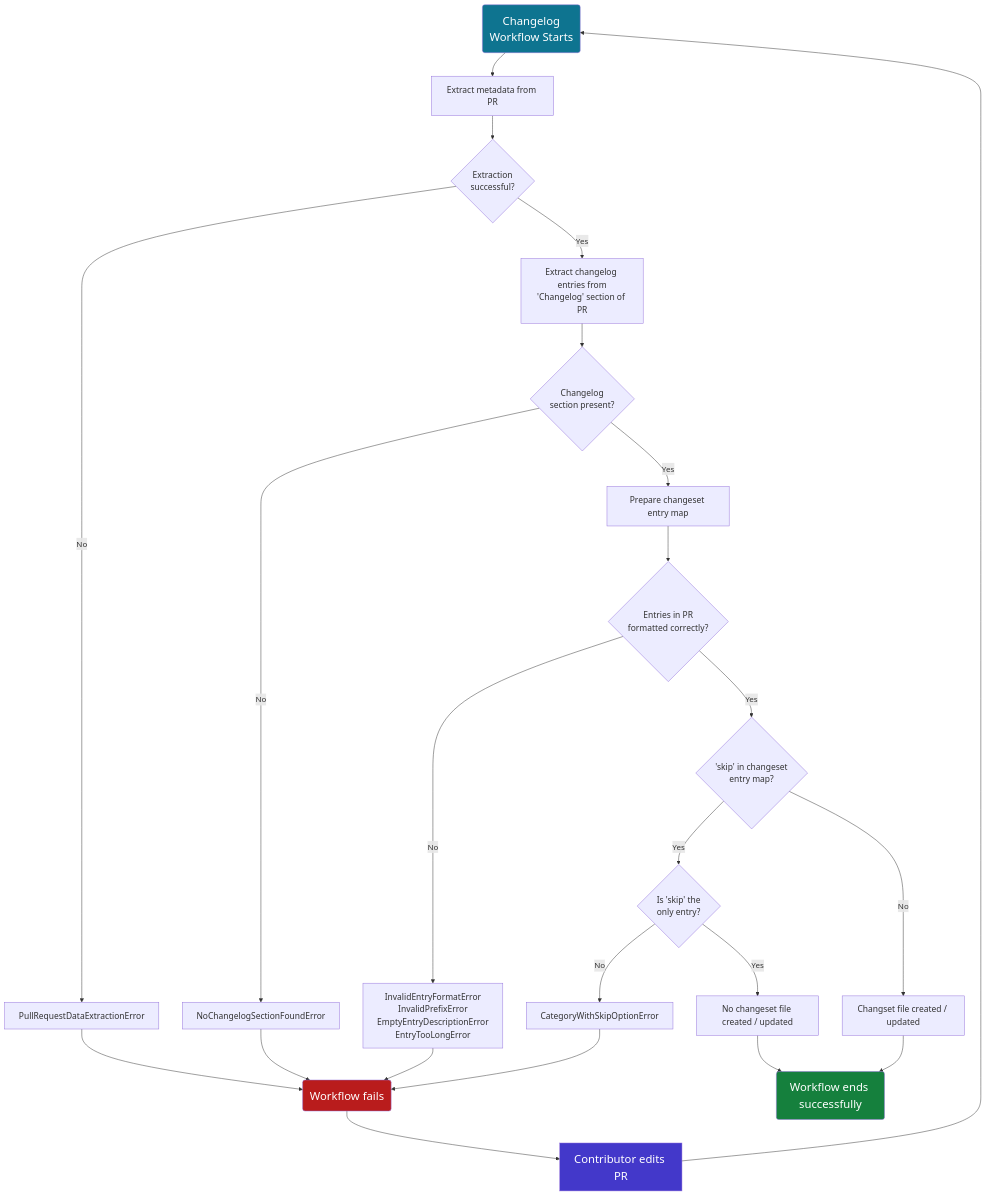
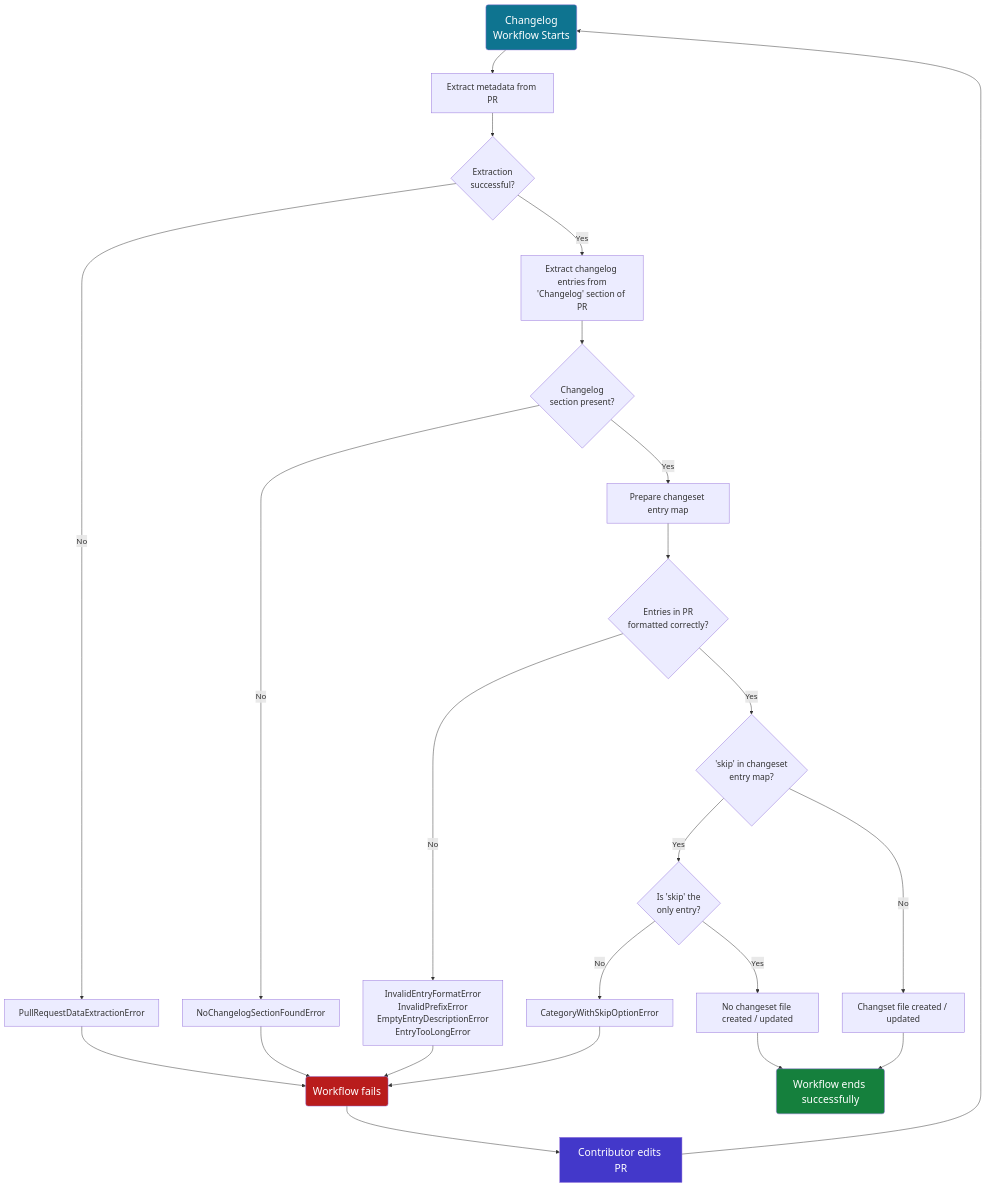
Before and after one commit to ashwin-pc/OpenSearch_Changelog_Workflow: the diagram in README.md, drawn with Mermaid.

Commit message:
update in mermeid flowchart

````diff
--- a/README.md
+++ b/README.md
@@ -114,37 +114,37 @@
 ```mermaid
 %%{init: {'themeVariables': { 'fontSize': '17px' }}}%%
   flowchart TD;
     A(Changelog \nWorkflow Starts) --> B[Extract metadata from PR]
     B --> C{Extraction \nsuccessful?}
     C --> |Yes| G[Extract changelog entries from\n'Changelog' section of PR]
     C --> |No| D[PullRequestDataExtractionError]
     D --> E(Workflow fails)
     E --> F[Contributor edits PR]
     F --> A
     G --> H{Changelog \nsection present?}
     H --> |Yes| J[Prepare changeset entry map]
     J --> J1{Entries in PR \nformatted correctly?}
     H --> |No| I[NoChangelogSectionFoundError]
     I --> E
     J1 --> |Yes| K{'skip' in changeset \n entry map?}
     J1 --> |No| L[InvalidEntryFormatError\nInvalidPrefixError\nEmptyEntryDescriptionError\nEntryTooLongError]
     L --> E
     K --> |Yes| M{Is 'skip' the \nonly entry?}
     K --> |No| N[Changset file created / updated]
     M --> |Yes| O[No changeset file created / updated]
     M --> |No| Q[CategoryWithSkipOptionError]
     Q --> E
     O --> P
     N --> P(Workflow ends successfully)
 
-    classDef largeFont font-size:24px;
+    classDef largeFont font-size:22px;
     classDef mediumFont font-size:18px;
 
     style A fill:#0e7490,color:white
     style E fill:#b91c1c,color:white
     style F fill:#4338ca,color:white
     style P fill:#15803d,color:white
 
     class A,E,F,P largeFont;
     class B,C,D,G,H,I,J,J1,K,L,M,N,O,Q mediumFont;
 ```
````
